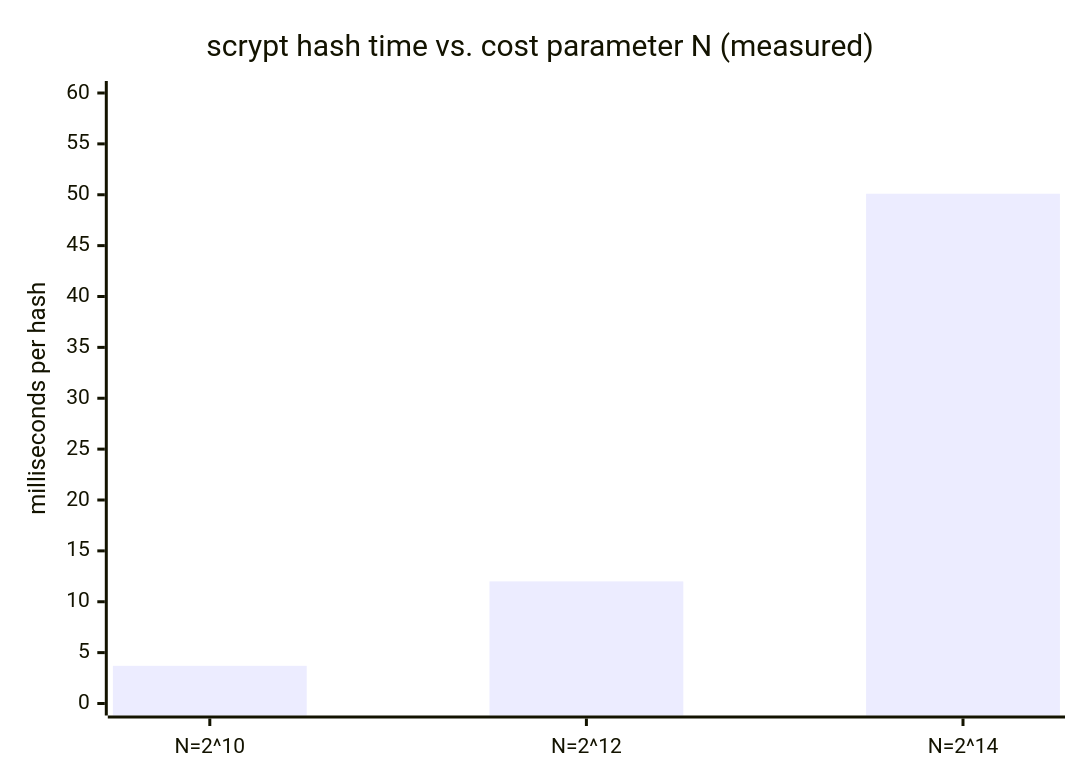
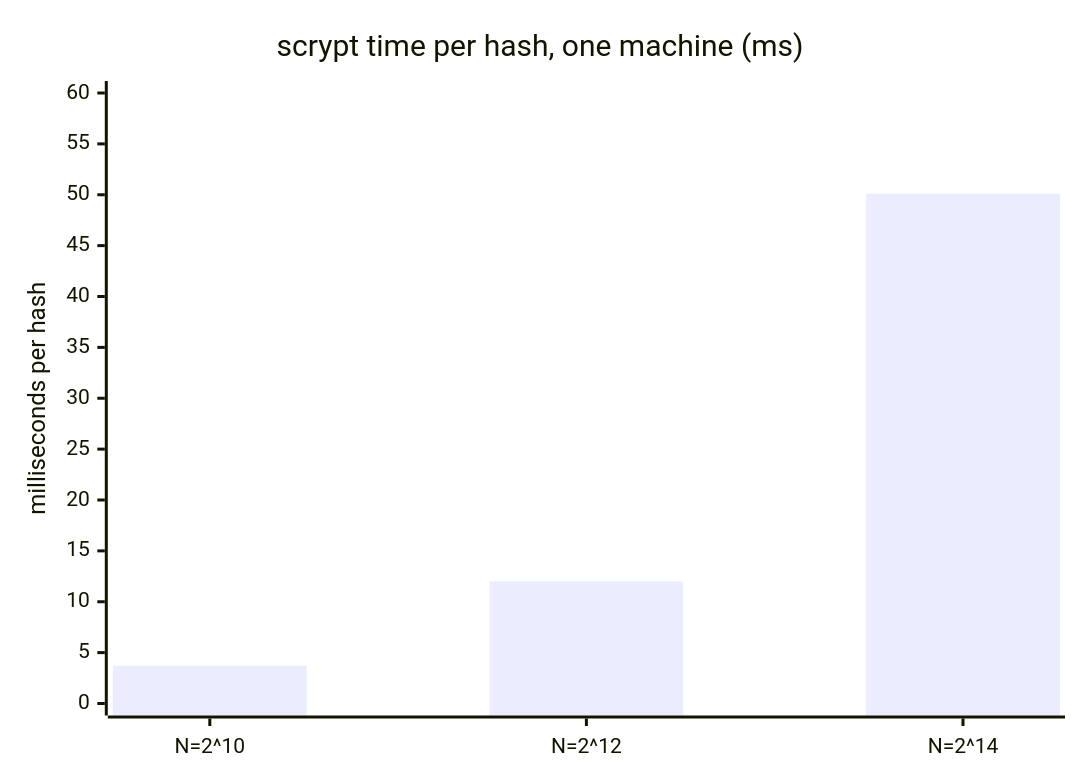
The second of 2 diagrams in src/content/security/hashing/L3-deep-dive.mdx (francoandreDev/knowledge), drawn with Mermaid before and after one commit. The commit also changed other lines of this file and 3 other files, not shown here.

````diff
--- a/src/content/security/hashing/L3-deep-dive.mdx
+++ b/src/content/security/hashing/L3-deep-dive.mdx
@@ -181,7 +106,7 @@
 ```mermaid
 xychart-beta
-    title "scrypt hash time vs. cost parameter N (measured)"
+    title "scrypt time per hash, one machine (ms)"
     x-axis ["N=2^10", "N=2^12", "N=2^14"]
     y-axis "milliseconds per hash" 0 --> 60
     bar [3.7, 12.0, 50.1]
 ```
````
